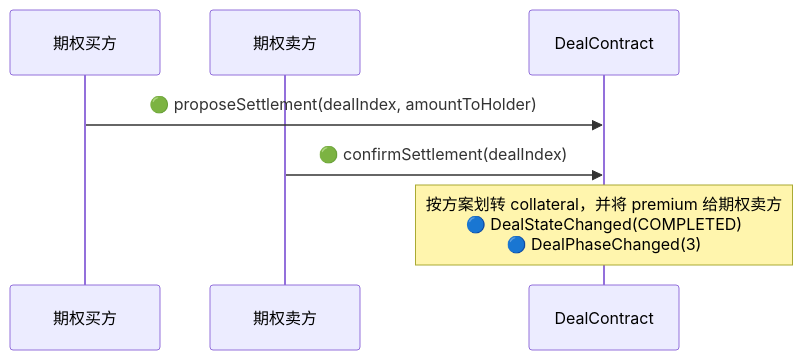
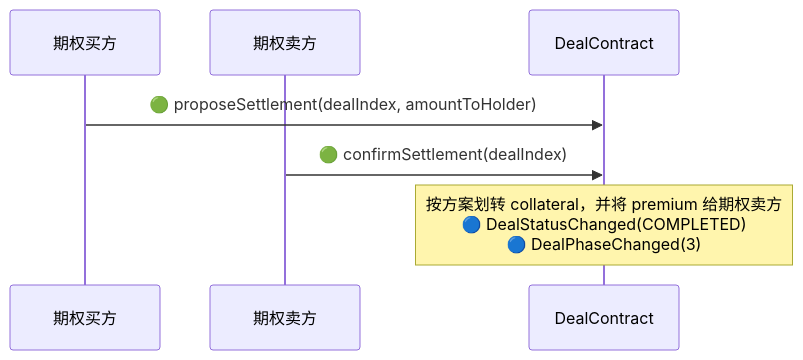
Before and after one commit to synctxai/synctx: the sixth of 7 diagrams in examples/european-option/european-option-design.md, drawn with Mermaid. The commit also changed other lines of this file and 8 other files, not shown here.

First line of the commit message:
rename DealStateChanged to DealStatusChanged for consistency with DealStatus

````diff
--- a/examples/european-option/european-option-design.md
+++ b/examples/european-option/european-option-design.md
@@ -328,10 +328,10 @@
 ```mermaid
 sequenceDiagram
     participant H as 期权买方
     participant W as 期权卖方
     participant D as DealContract
 
     H->>D: 🟢 proposeSettlement(dealIndex, amountToHolder)
     W->>D: 🟢 confirmSettlement(dealIndex)
-    Note over D: 按方案划转 collateral，并将 premium 给期权卖方<br/>🔵 DealStateChanged(COMPLETED)<br/>🔵 DealPhaseChanged(3)
+    Note over D: 按方案划转 collateral，并将 premium 给期权卖方<br/>🔵 DealStatusChanged(COMPLETED)<br/>🔵 DealPhaseChanged(3)
 ```
````
